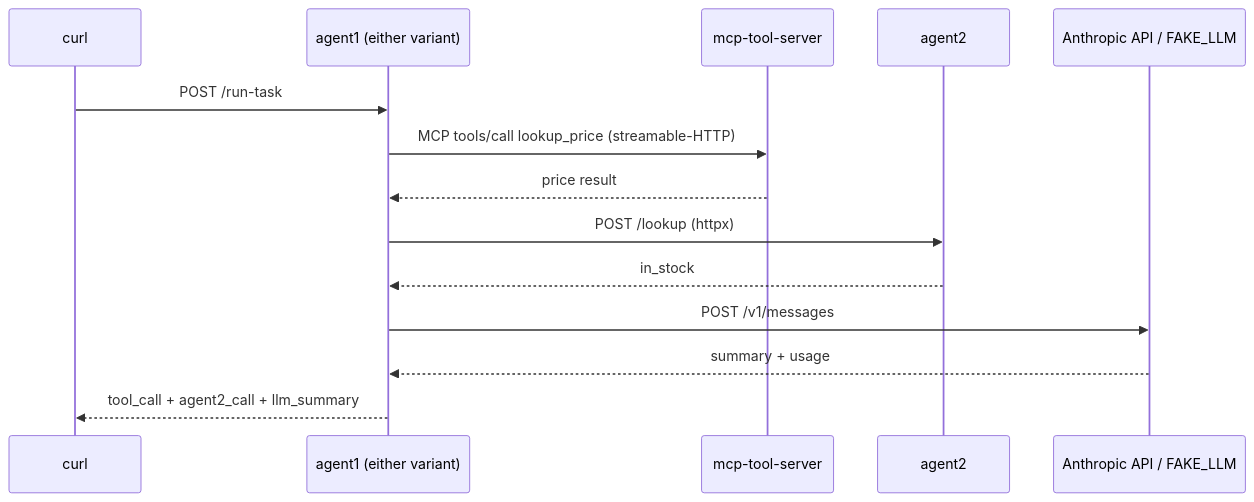
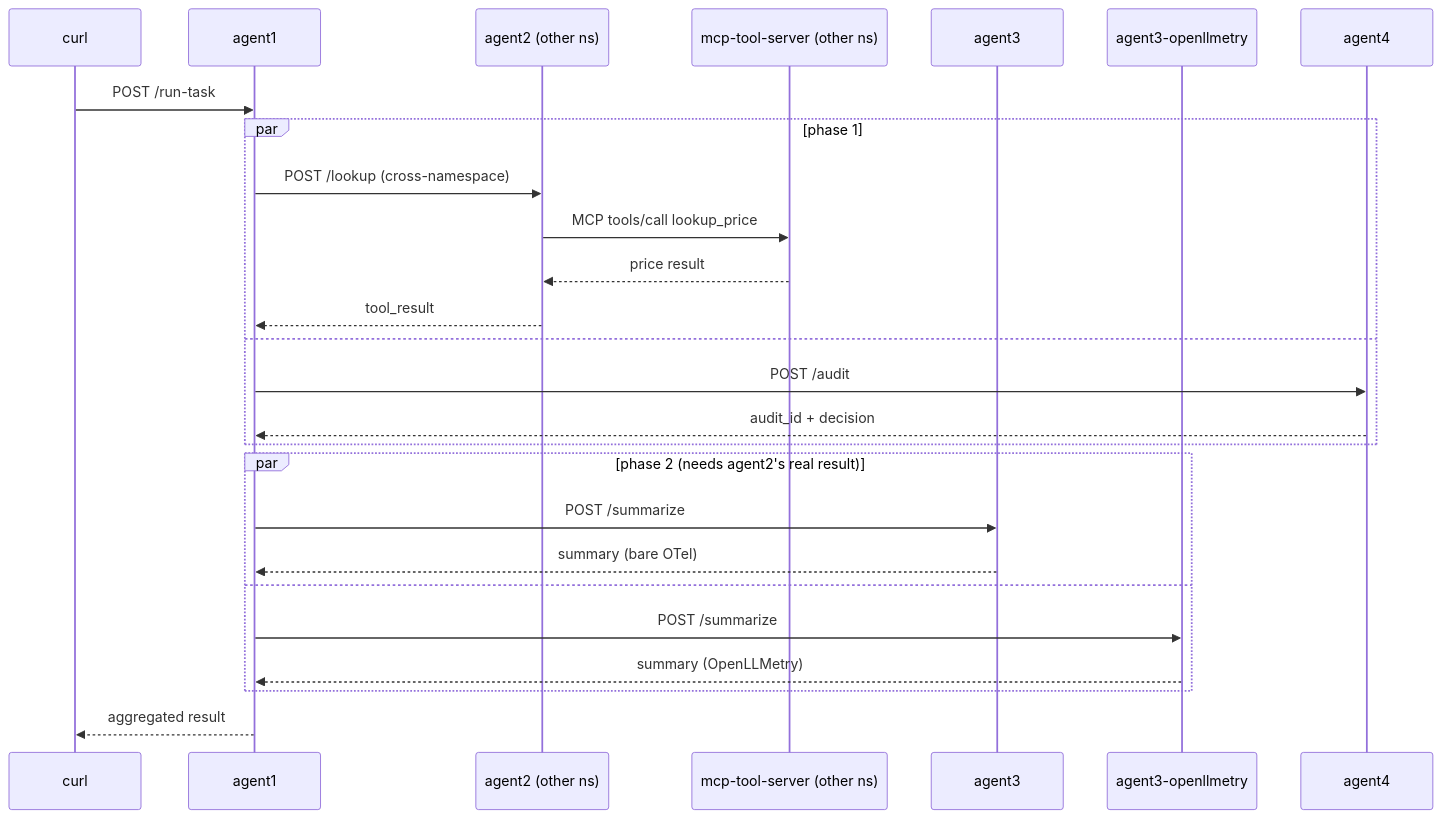
One commit to sf-matt/mcp-agent-tracing changed the second of 3 diagrams in README.md. Above: the diagram before and after it, drawn with Mermaid. The commit also changed other lines of this file, not shown here.

First line of the commit message:
Update README for the 4-agent, cross-namespace, 3-tier redesign

````diff
--- a/README.md
+++ b/README.md
@@ -62,17 +75,29 @@
 ```mermaid
 sequenceDiagram
     participant U as curl
-    participant A1 as agent1 (either variant)
-    participant M as mcp-tool-server
-    participant A2 as agent2
-    participant L as Anthropic API / FAKE_LLM
+    participant A1 as agent1
+    participant A2 as agent2 (other ns)
+    participant M as mcp-tool-server (other ns)
+    participant A3 as agent3
+    participant A3O as agent3-openllmetry
+    participant A4 as agent4
 
     U->>A1: POST /run-task
-    A1->>M: MCP tools/call lookup_price (streamable-HTTP)
-    M-->>A1: price result
-    A1->>A2: POST /lookup (httpx)
-    A2-->>A1: in_stock
-    A1->>L: POST /v1/messages
-    L-->>A1: summary + usage
-    A1-->>U: tool_call + agent2_call + llm_summary
+    par phase 1
+        A1->>A2: POST /lookup (cross-namespace)
+        A2->>M: MCP tools/call lookup_price
+        M-->>A2: price result
+        A2-->>A1: tool_result
+    and
+        A1->>A4: POST /audit
+        A4-->>A1: audit_id + decision
+    end
+    par phase 2 (needs agent2's real result)
+        A1->>A3: POST /summarize
+        A3-->>A1: summary (bare OTel)
+    and
+        A1->>A3O: POST /summarize
+        A3O-->>A1: summary (OpenLLMetry)
+    end
+    A1-->>U: aggregated result
 ```
````
